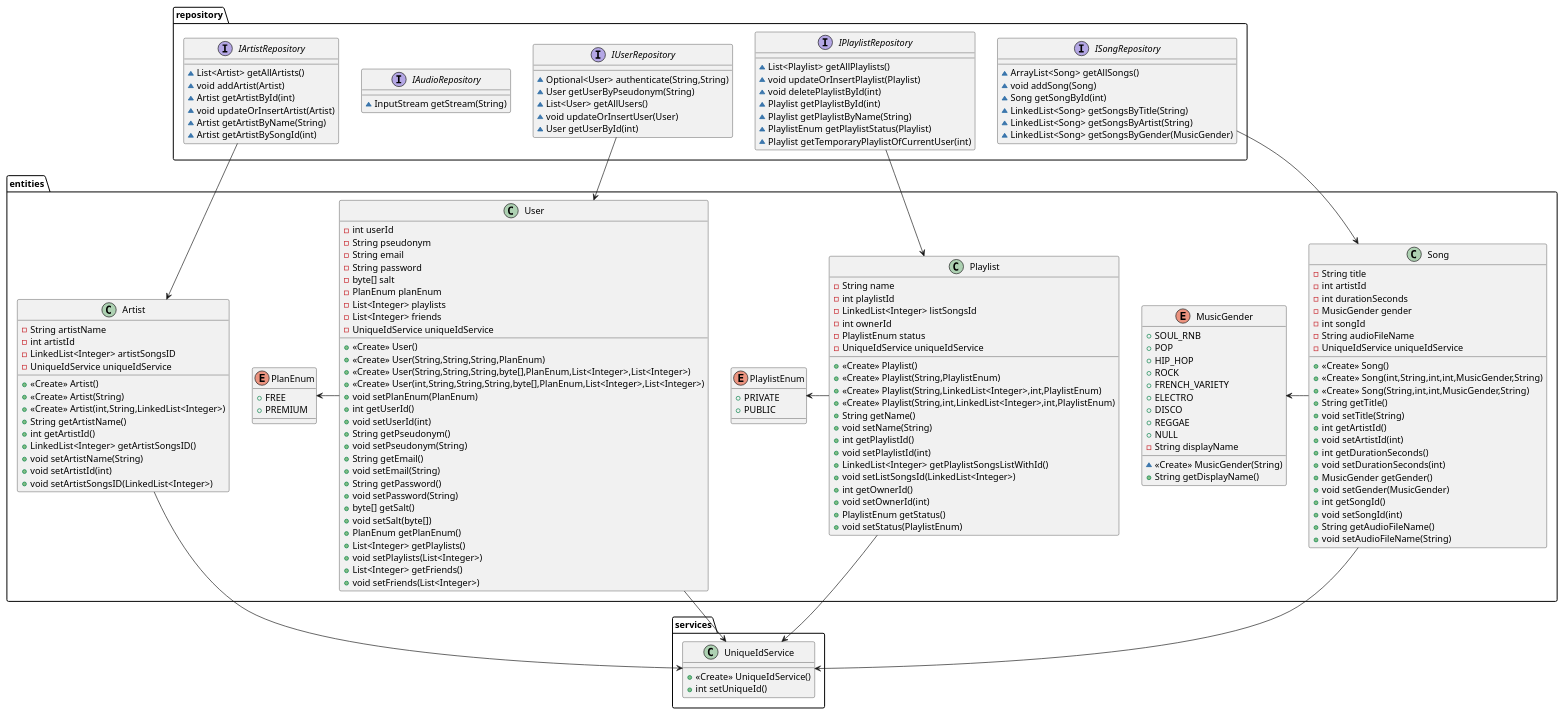
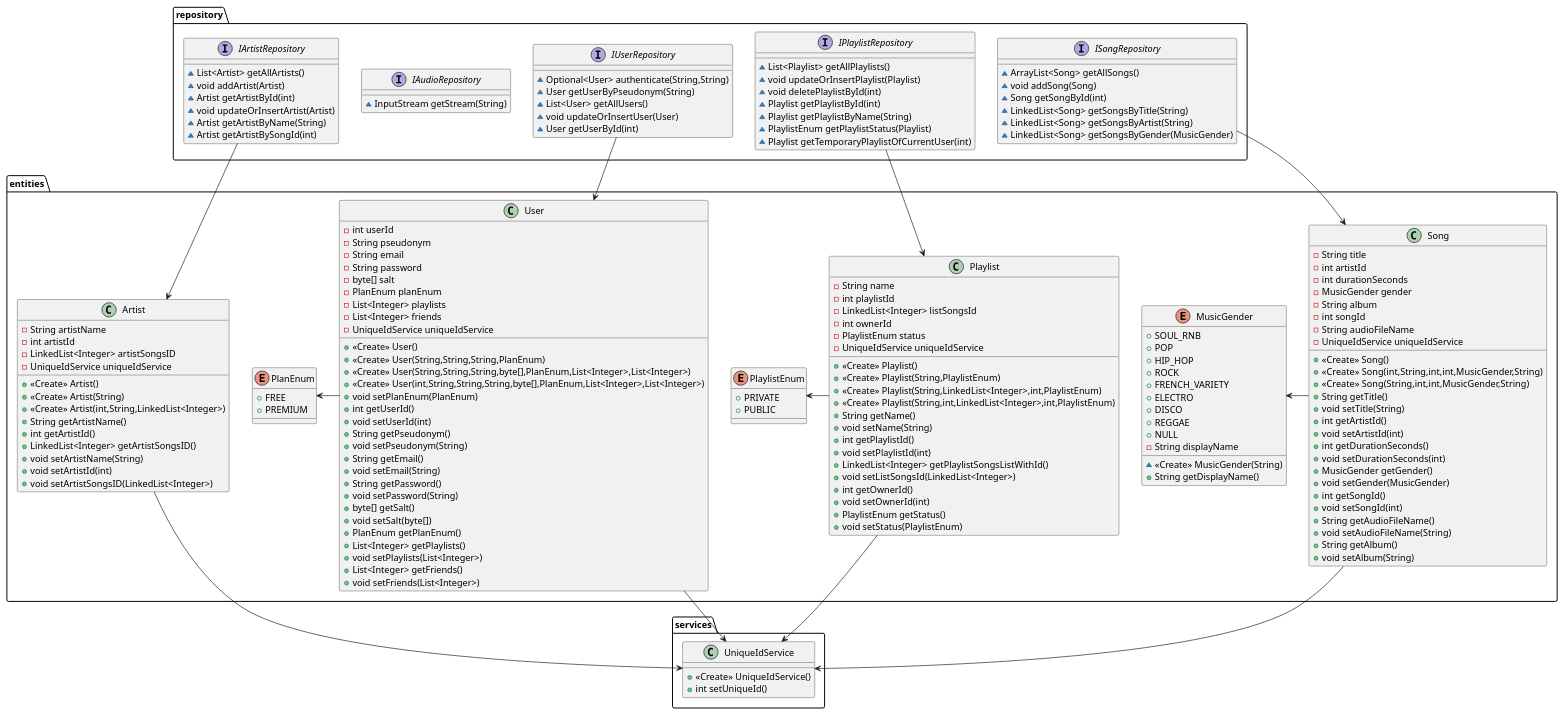
The diagram in Diagrams/classDiagrams/common.puml (marionrossier/MiniSpotify), drawn with PlantUML before and after one commit. The commit also changed 14 other files, not shown here.

```diff
--- a/Diagrams/classDiagrams/common.puml
+++ b/Diagrams/classDiagrams/common.puml
@@ -1,189 +1,192 @@
 @startuml
 
 class entities.User {
 - int userId
 - String pseudonym
 - String email
 - String password
 - byte[] salt
 - PlanEnum planEnum
 - List<Integer> playlists
 - List<Integer> friends
 - UniqueIdService uniqueIdService
 + <<Create>> User()
 + <<Create>> User(String,String,String,PlanEnum)
 + <<Create>> User(String,String,String,byte[],PlanEnum,List<Integer>,List<Integer>)
 + <<Create>> User(int,String,String,String,byte[],PlanEnum,List<Integer>,List<Integer>)
 + void setPlanEnum(PlanEnum)
 + int getUserId()
 + void setUserId(int)
 + String getPseudonym()
 + void setPseudonym(String)
 + String getEmail()
 + void setEmail(String)
 + String getPassword()
 + void setPassword(String)
 + byte[] getSalt()
 + void setSalt(byte[])
 + PlanEnum getPlanEnum()
 + List<Integer> getPlaylists()
 + void setPlaylists(List<Integer>)
 + List<Integer> getFriends()
 + void setFriends(List<Integer>)
 }
 
 
 enum entities.MusicGender {
 +  SOUL_RNB
 +  POP
 +  HIP_HOP
 +  ROCK
 +  FRENCH_VARIETY
 +  ELECTRO
 +  DISCO
 +  REGGAE
 +  NULL
 - String displayName
 ~ <<Create>> MusicGender(String)
 + String getDisplayName()
 }
 
 
 class entities.Artist {
 - String artistName
 - int artistId
 - LinkedList<Integer> artistSongsID
 - UniqueIdService uniqueIdService
 + <<Create>> Artist()
 + <<Create>> Artist(String)
 + <<Create>> Artist(int,String,LinkedList<Integer>)
 + String getArtistName()
 + int getArtistId()
 + LinkedList<Integer> getArtistSongsID()
 + void setArtistName(String)
 + void setArtistId(int)
 + void setArtistSongsID(LinkedList<Integer>)
 }
 
 
 class entities.Playlist {
 - String name
 - int playlistId
 - LinkedList<Integer> listSongsId
 - int ownerId
 - PlaylistEnum status
 - UniqueIdService uniqueIdService
 + <<Create>> Playlist()
 + <<Create>> Playlist(String,PlaylistEnum)
 + <<Create>> Playlist(String,LinkedList<Integer>,int,PlaylistEnum)
 + <<Create>> Playlist(String,int,LinkedList<Integer>,int,PlaylistEnum)
 + String getName()
 + void setName(String)
 + int getPlaylistId()
 + void setPlaylistId(int)
 + LinkedList<Integer> getPlaylistSongsListWithId()
 + void setListSongsId(LinkedList<Integer>)
 + int getOwnerId()
 + void setOwnerId(int)
 + PlaylistEnum getStatus()
 + void setStatus(PlaylistEnum)
 }
 
 
 interface repository.IUserRepository {
 ~ Optional<User> authenticate(String,String)
 ~ User getUserByPseudonym(String)
 ~ List<User> getAllUsers()
 ~ void updateOrInsertUser(User)
 ~ User getUserById(int)
 }
 
 class entities.Song {
 - String title
 - int artistId
 - int durationSeconds
 - MusicGender gender
+- String album
 - int songId
 - String audioFileName
 - UniqueIdService uniqueIdService
 + <<Create>> Song()
 + <<Create>> Song(int,String,int,int,MusicGender,String)
 + <<Create>> Song(String,int,int,MusicGender,String)
 + String getTitle()
 + void setTitle(String)
 + int getArtistId()
 + void setArtistId(int)
 + int getDurationSeconds()
 + void setDurationSeconds(int)
 + MusicGender getGender()
 + void setGender(MusicGender)
 + int getSongId()
 + void setSongId(int)
 + String getAudioFileName()
 + void setAudioFileName(String)
++ String getAlbum()
++ void setAlbum(String)
 }
 
 
 enum entities.PlanEnum {
 +  FREE
 +  PREMIUM
 }
 
 enum entities.PlaylistEnum {
 +  PRIVATE
 +  PUBLIC
 }
 
 interface repository.ISongRepository {
 ~ ArrayList<Song> getAllSongs()
 ~ void addSong(Song)
 ~ Song getSongById(int)
 ~ LinkedList<Song> getSongsByTitle(String)
 ~ LinkedList<Song> getSongsByArtist(String)
 ~ LinkedList<Song> getSongsByGender(MusicGender)
 }
 
 class services.UniqueIdService {
 + <<Create>> UniqueIdService()
 + int setUniqueId()
 }
 
 interface repository.IPlaylistRepository {
 ~ List<Playlist> getAllPlaylists()
 ~ void updateOrInsertPlaylist(Playlist)
 ~ void deletePlaylistById(int)
 ~ Playlist getPlaylistById(int)
 ~ Playlist getPlaylistByName(String)
 ~ PlaylistEnum getPlaylistStatus(Playlist)
 ~ Playlist getTemporaryPlaylistOfCurrentUser(int)
 }
 
 interface repository.IAudioRepository {
 ~ InputStream getStream(String)
 }
 
 interface repository.IArtistRepository {
 ~ List<Artist> getAllArtists()
 ~ void addArtist(Artist)
 ~ Artist getArtistById(int)
 ~ void updateOrInsertArtist(Artist)
 ~ Artist getArtistByName(String)
 ~ Artist getArtistBySongId(int)
 }
 
 '--- Dépendances basées sur les <<Create>> ---
 entities.User -d-> services.UniqueIdService
 entities.Artist -d-> services.UniqueIdService
 entities.Playlist -d-> services.UniqueIdService
 entities.Song -d-> services.UniqueIdService
 
 repository.ISongRepository -d-> entities.Song
 repository.IUserRepository -d-> entities.User
 repository.IPlaylistRepository -d-> entities.Playlist
 repository.IArtistRepository -d-> entities.Artist
 
 entities.Song -l-> entities.MusicGender
 entities.Playlist -l-> entities.PlaylistEnum
 entities.User -l-> entities.PlanEnum
 
 @enduml
```
